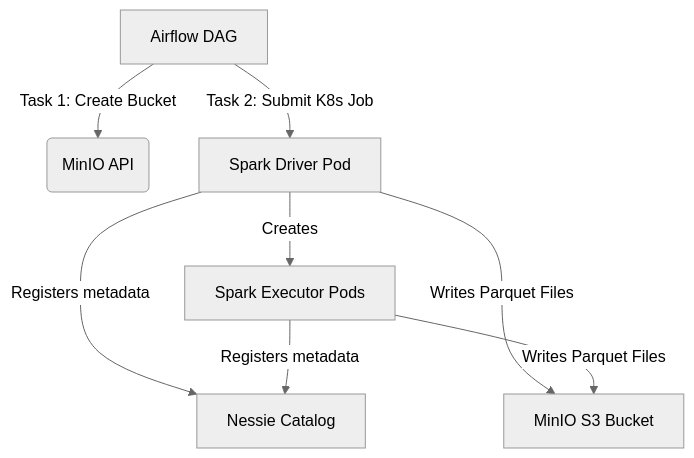
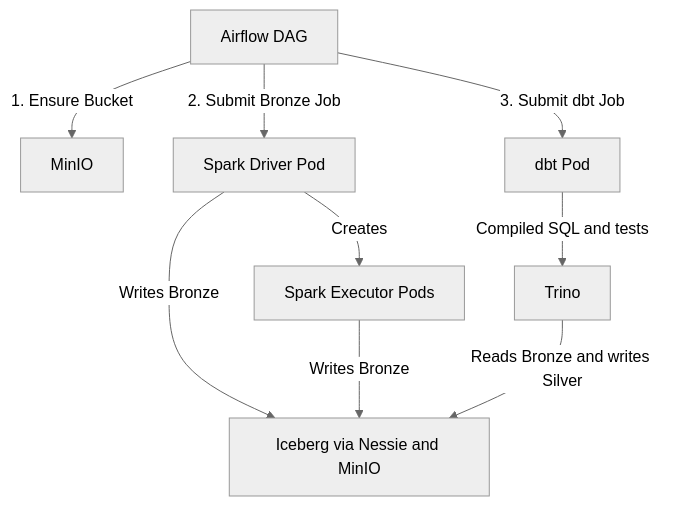
One commit to SaiVarshithh/finlake changed the first of 2 diagrams in README.md. Above: the diagram before and after it, drawn with Mermaid (neutral theme). The commit also changed other lines of this file and 22 other files, not shown here.

Commit message:
Add dbt layer till silver

````diff
--- a/README.md
+++ b/README.md
@@ -62,8 +72,10 @@
 ```mermaid
 graph TD
-    A[Airflow DAG] -->|Task 1: Create Bucket| B(MinIO API)
-    A -->|Task 2: Submit K8s Job| C[Spark Driver Pod]
+    A[Airflow DAG] -->|1. Ensure Bucket| B[MinIO]
+    A -->|2. Submit Bronze Job| C[Spark Driver Pod]
     C -->|Creates| D[Spark Executor Pods]
-    C & D -->|Registers metadata| E[Nessie Catalog]
-    C & D -->|Writes Parquet Files| F[MinIO S3 Bucket]
+    C & D -->|Writes Bronze| E[Iceberg via Nessie and MinIO]
+    A -->|3. Submit dbt Job| F[dbt Pod]
+    F -->|Compiled SQL and tests| G[Trino]
+    G -->|Reads Bronze and writes Silver| E
 ```
````
